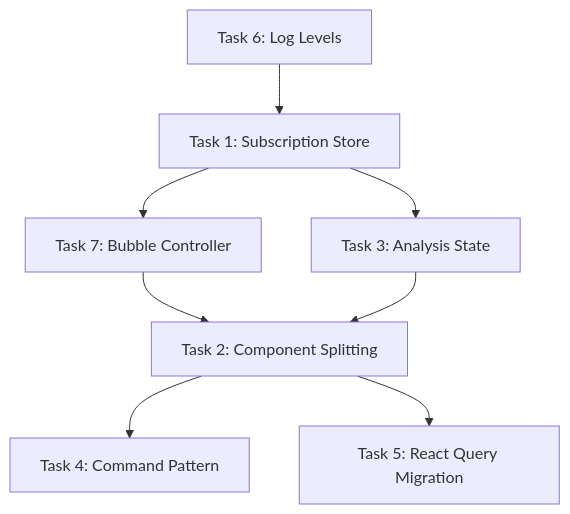
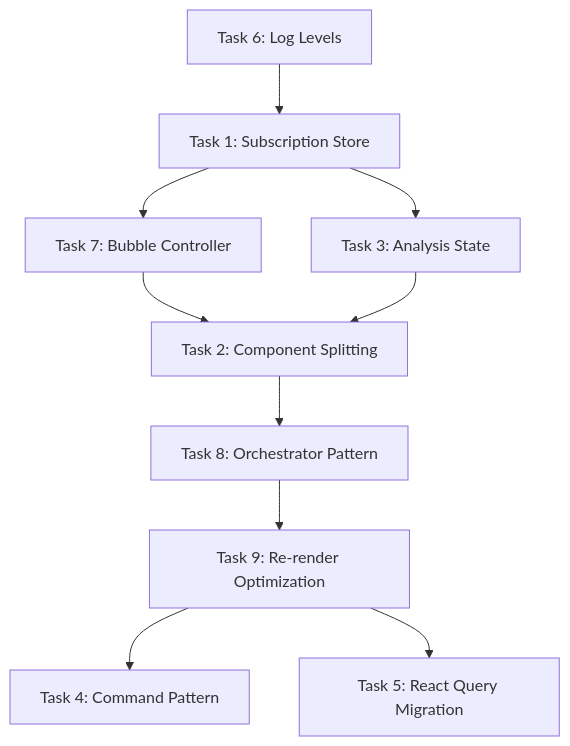
Before and after one commit to JohnSchweden/sololevel: the diagram in docs/tasks/tasks.md, drawn with Mermaid. The commit also changed other lines of this file and 61 other files, not shown here.

````diff
--- a/docs/tasks/tasks.md
+++ b/docs/tasks/tasks.md
@@ -5,10 +5,12 @@
 ```mermaid
 graph TD
     T6[Task 6: Log Levels] --> T1[Task 1: Subscription Store]
     T1 --> T7[Task 7: Bubble Controller]
     T1 --> T3[Task 3: Analysis State]
     T7 --> T2[Task 2: Component Splitting]
     T3 --> T2
-    T2 --> T4[Task 4: Command Pattern]
-    T2 --> T5[Task 5: React Query Migration]
+    T2 --> T8[Task 8: Orchestrator Pattern]
+    T8 --> T9[Task 9: Re-render Optimization]
+    T9 --> T4[Task 4: Command Pattern]
+    T9 --> T5[Task 5: React Query Migration]
 ```
````
